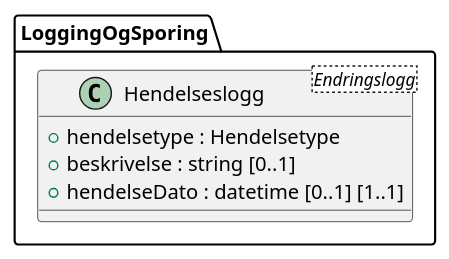
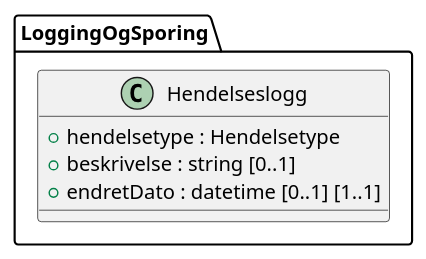
One commit to arkivverket/noark5-tjenestegrensesnitt-standard changed the diagram in kapitler/media/uml-class-hendelseslogg.iuml. Above: the diagram before and after it, drawn with PlantUML. The commit also changed 7 other files, not shown here.

First line of the commit message:
Korriger modul LoggingOgSporing (bytt arv endringslogg/hendelseslogg)

```diff
--- a/kapitler/media/uml-class-hendelseslogg.iuml
+++ b/kapitler/media/uml-class-hendelseslogg.iuml
@@ -1,7 +1,7 @@
 @startuml
-class LoggingOgSporing.Hendelseslogg <Endringslogg> {
+class LoggingOgSporing.Hendelseslogg {
   +hendelsetype : Hendelsetype
   +beskrivelse : string [0..1]
-  +hendelseDato : datetime [0..1] [1..1]
+  +endretDato : datetime [0..1] [1..1]
 }
 @enduml
```
